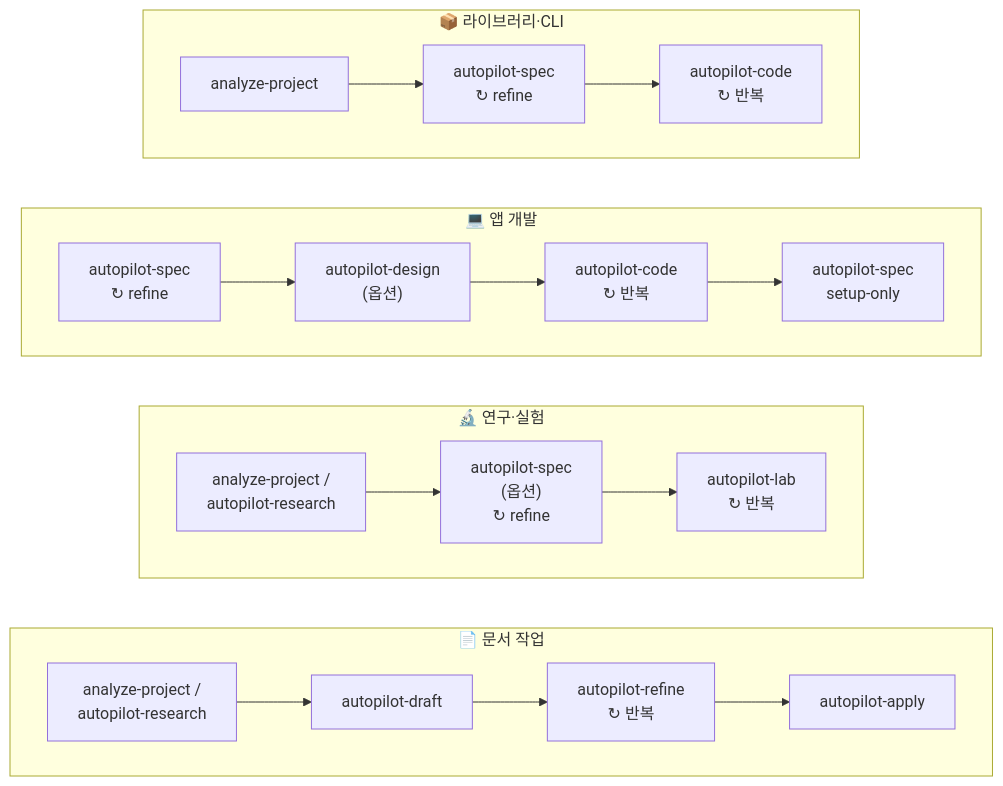
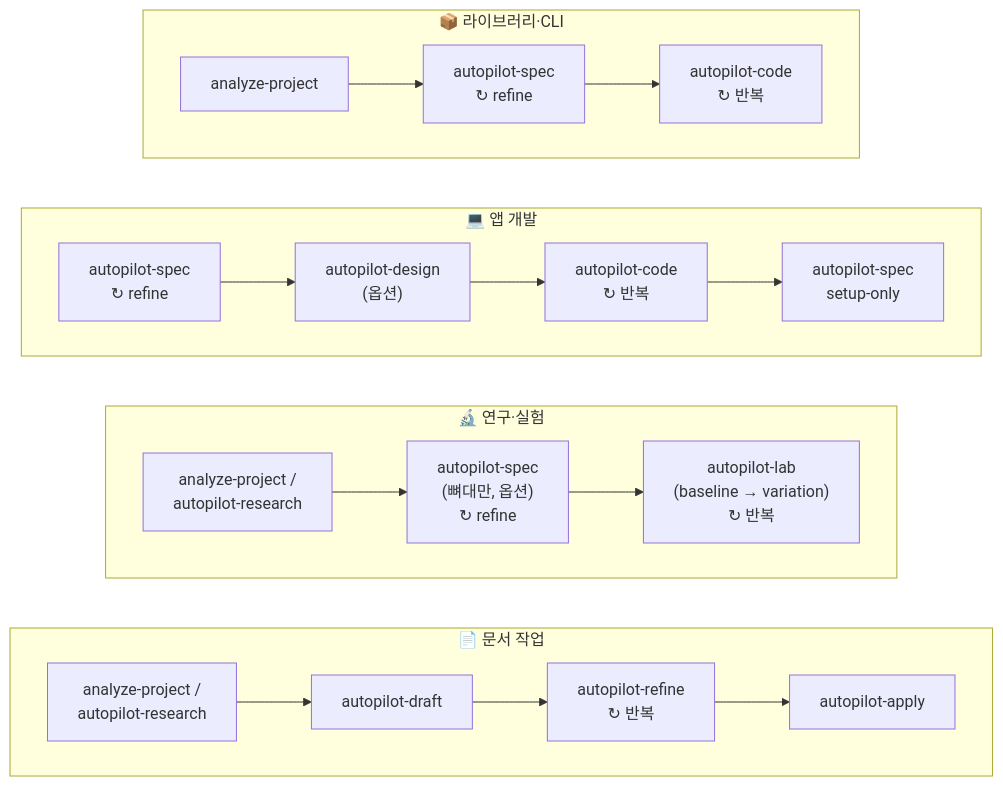
The first of 3 diagrams in README.md (dmlguq456/agent_setting), drawn with Mermaid before and after one commit. The commit also changed other lines of this file and 1 other file, not shown here.

Commit message:
fix(readme): spec 의 scaffold 자리 _뼈대만_, baseline 학습은 lab 의 첫 자리
직전 wording 이 _spec scaffold 의 Phase 1.5 ckpt 검증_ 자리가 _baseline 학습
검증_ 처럼 들리는 자리. 실제로는 _ref 의 inference 사전 점검_ 만 — 학습 자체는
lab 의 첫 호출 (baseline) + variation 자리.

수정:
- 트랙 표 wording: _뼈대·skeleton + ref 사전 점검만_ → _baseline 학습 → variation
  실험 반복_
- mermaid e2/e3: _(뼈대만, 옵션) ↻ refine_ / _(baseline → variation) ↻ 반복_

````diff
--- a/README.md
+++ b/README.md
@@ -32,19 +32,19 @@
 ```mermaid
 flowchart LR
     subgraph DOC["📄 문서 작업"]
         direction LR
         d1["analyze-project /<br/>autopilot-research"] --> d2[autopilot-draft] --> d3["autopilot-refine<br/>↻ 반복"] --> d4[autopilot-apply]
     end
     subgraph EXP["🔬 연구·실험"]
         direction LR
-        e1["analyze-project /<br/>autopilot-research"] --> e2["autopilot-spec<br/>(옵션)<br/>↻ refine"] --> e3["autopilot-lab<br/>↻ 반복"]
+        e1["analyze-project /<br/>autopilot-research"] --> e2["autopilot-spec<br/>(뼈대만, 옵션)<br/>↻ refine"] --> e3["autopilot-lab<br/>(baseline → variation)<br/>↻ 반복"]
     end
     subgraph APPDEV["💻 앱 개발"]
         direction LR
         a1["autopilot-spec<br/>↻ refine"] --> a2["autopilot-design<br/>(옵션)"] --> a3["autopilot-code<br/>↻ 반복"] --> a4["autopilot-spec<br/>setup-only"]
     end
     subgraph LIB["📦 라이브러리·CLI"]
         direction LR
         l1[analyze-project] --> l2["autopilot-spec<br/>↻ refine"] --> l3["autopilot-code<br/>↻ 반복"]
     end
 ```
````
